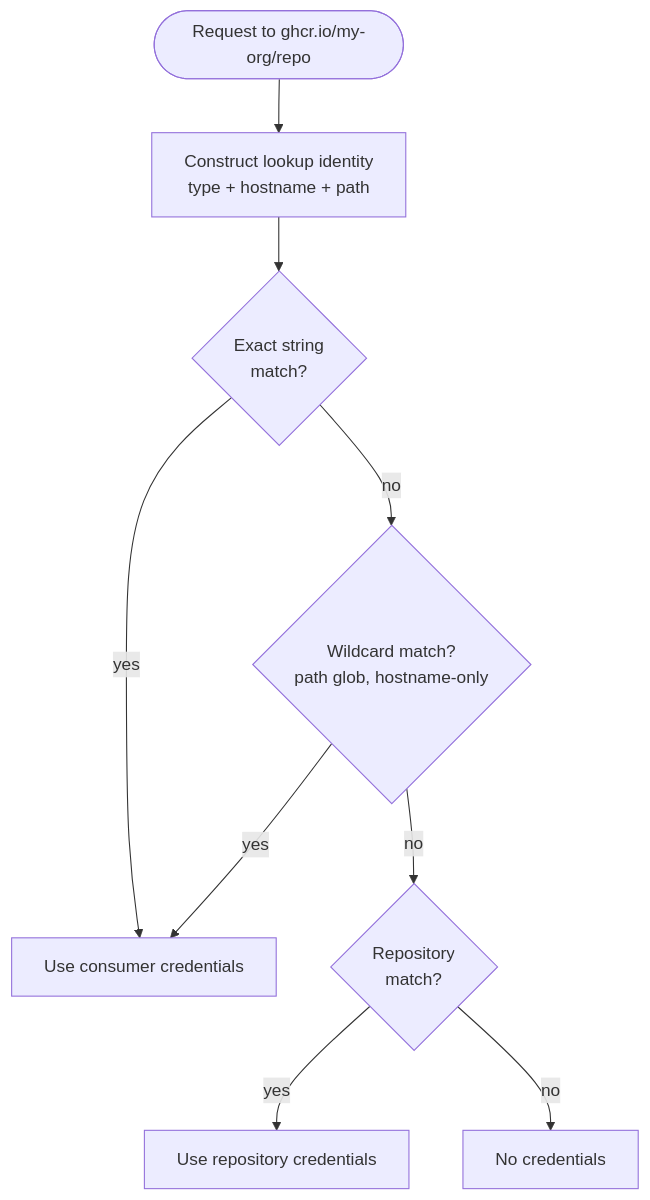
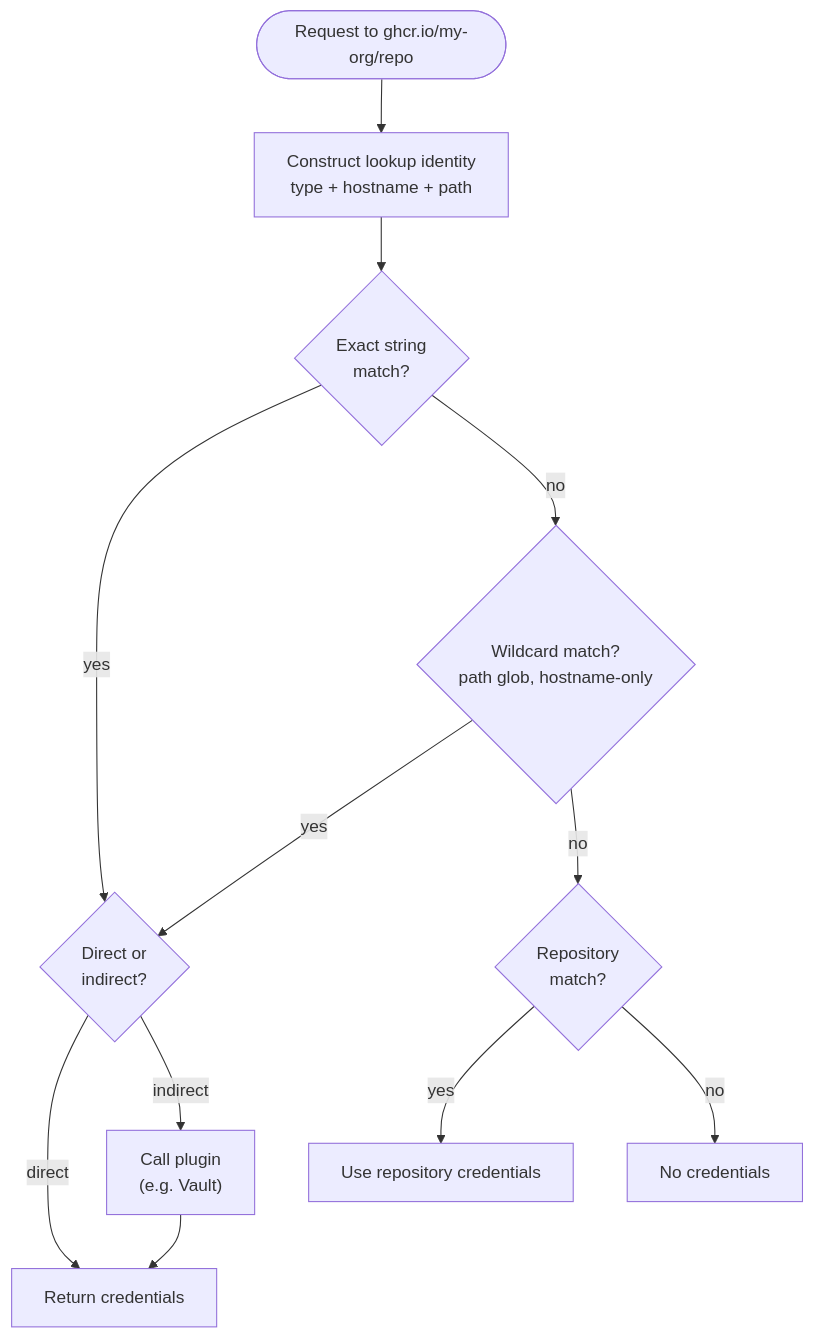
One commit to open-component-model/open-component-model changed the diagram in website/content/docs/tutorials/credential-resolution.md. Above: the diagram before and after it, drawn with Mermaid. The commit also changed other lines of this file and 7 other files, not shown here.

````diff
--- a/website/content/docs/tutorials/credential-resolution.md
+++ b/website/content/docs/tutorials/credential-resolution.md
@@ -44,13 +45,14 @@
 ```mermaid
 flowchart TB
     req(["Request to ghcr.io/my-org/repo"])
     req --> lookup["Construct lookup identity<br>type + hostname + path"]
     lookup --> exact{"Exact string<br>match?"}
-    exact -->|"yes"| creds["Use consumer credentials"]
+    exact -->|"yes"| direct{"Direct or<br>indirect?"}
     exact -->|"no"| wild{"Wildcard match?<br>path glob, hostname-only"}
-    wild -->|"yes"| creds
+    wild -->|"yes"| direct
     wild -->|"no"| repos{"Repository<br>match?"}
+    direct -->|"direct"| creds["Return credentials"]
+    direct -->|"indirect"| plugin["Call plugin<br>(e.g. Vault)"] --> creds
     repos -->|"yes"| fallback["Use repository credentials"]
     repos -->|"no"| fail["No credentials"]
-
 ```
````
